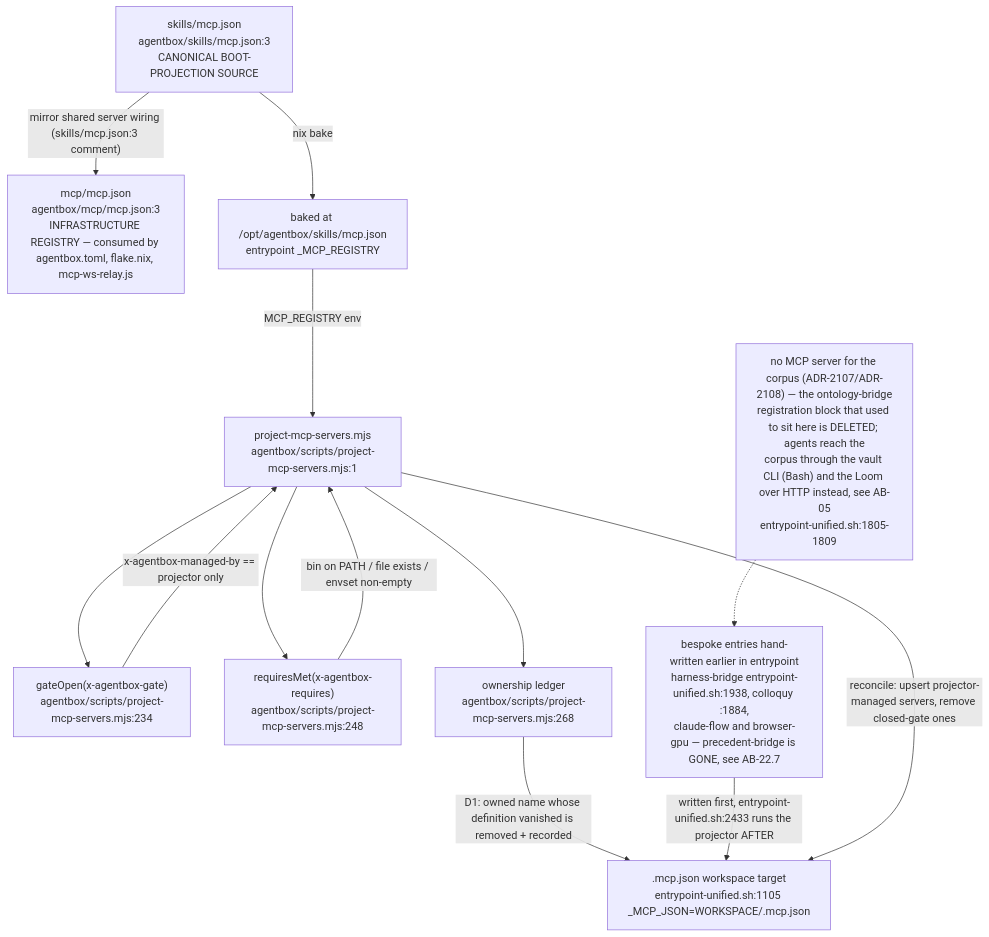
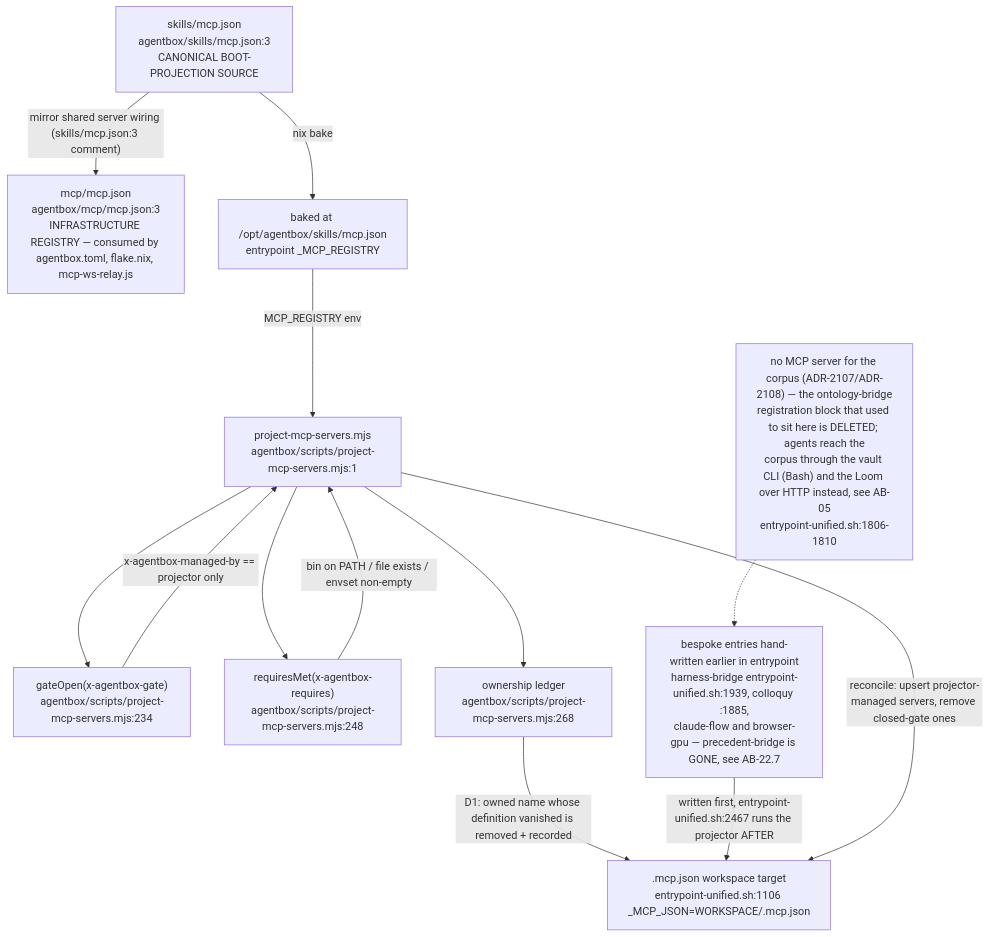
The ninth of 12 diagrams in docs/diagrams/agentbox/22-skills-and-routing.md (DreamLab-AI/VisionFlow), drawn with Mermaid before and after one commit. The commit also changed other lines of this file and 94 other files, not shown here.

First line of the commit message:
docs(diagrams): re-verify 130 topics against 2 October HEADs

````diff
--- a/docs/diagrams/agentbox/22-skills-and-routing.md
+++ b/docs/diagrams/agentbox/22-skills-and-routing.md
@@ -387,26 +389,26 @@
 ```mermaid
 flowchart TB
     REG["skills/mcp.json<br/>agentbox/skills/mcp.json:3<br/>CANONICAL BOOT-PROJECTION SOURCE"]
     MIRROR["mcp/mcp.json<br/>agentbox/mcp/mcp.json:3<br/>INFRASTRUCTURE REGISTRY — consumed by agentbox.toml, flake.nix, mcp-ws-relay.js"]
     BAKE["baked at /opt/agentbox/skills/mcp.json<br/>entrypoint _MCP_REGISTRY"]
     PROJ["project-mcp-servers.mjs<br/>agentbox/scripts/project-mcp-servers.mjs:1"]
     GATE["gateOpen(x-agentbox-gate)<br/>agentbox/scripts/project-mcp-servers.mjs:234"]
     REQ["requiresMet(x-agentbox-requires)<br/>agentbox/scripts/project-mcp-servers.mjs:248"]
     LEDGER["ownership ledger<br/>agentbox/scripts/project-mcp-servers.mjs:268"]
-    WS[".mcp.json workspace target<br/>entrypoint-unified.sh:1105 _MCP_JSON=WORKSPACE/.mcp.json"]
-    NOONT["no MCP server for the corpus (ADR-2107/ADR-2108) — the ontology-bridge<br/>registration block that used to sit here is DELETED; agents reach the<br/>corpus through the vault CLI (Bash) and the Loom over HTTP instead, see AB-05<br/>entrypoint-unified.sh:1805-1809"]
-    BESPOKE["bespoke entries hand-written earlier in entrypoint<br/>harness-bridge entrypoint-unified.sh:1938, colloquy :1884,<br/>claude-flow and browser-gpu — precedent-bridge is GONE, see AB-22.7"]
+    WS[".mcp.json workspace target<br/>entrypoint-unified.sh:1106 _MCP_JSON=WORKSPACE/.mcp.json"]
+    NOONT["no MCP server for the corpus (ADR-2107/ADR-2108) — the ontology-bridge<br/>registration block that used to sit here is DELETED; agents reach the<br/>corpus through the vault CLI (Bash) and the Loom over HTTP instead, see AB-05<br/>entrypoint-unified.sh:1806-1810"]
+    BESPOKE["bespoke entries hand-written earlier in entrypoint<br/>harness-bridge entrypoint-unified.sh:1939, colloquy :1885,<br/>claude-flow and browser-gpu — precedent-bridge is GONE, see AB-22.7"]
 
     REG -- "mirror shared server wiring (skills/mcp.json:3 comment)" --> MIRROR
     REG -- "nix bake" --> BAKE
     BAKE -- "MCP_REGISTRY env" --> PROJ
     PROJ --> GATE
     PROJ --> REQ
     GATE -- "x-agentbox-managed-by == projector only" --> PROJ
     REQ -- "bin on PATH / file exists / envset non-empty" --> PROJ
     PROJ --> LEDGER
     LEDGER -- "D1: owned name whose definition vanished is removed + recorded" --> WS
     NOONT -.-> BESPOKE
-    BESPOKE -- "written first, entrypoint-unified.sh:2433 runs the projector AFTER" --> WS
+    BESPOKE -- "written first, entrypoint-unified.sh:2467 runs the projector AFTER" --> WS
     PROJ -- "reconcile: upsert projector-managed servers, remove closed-gate ones" --> WS
 ```
````
